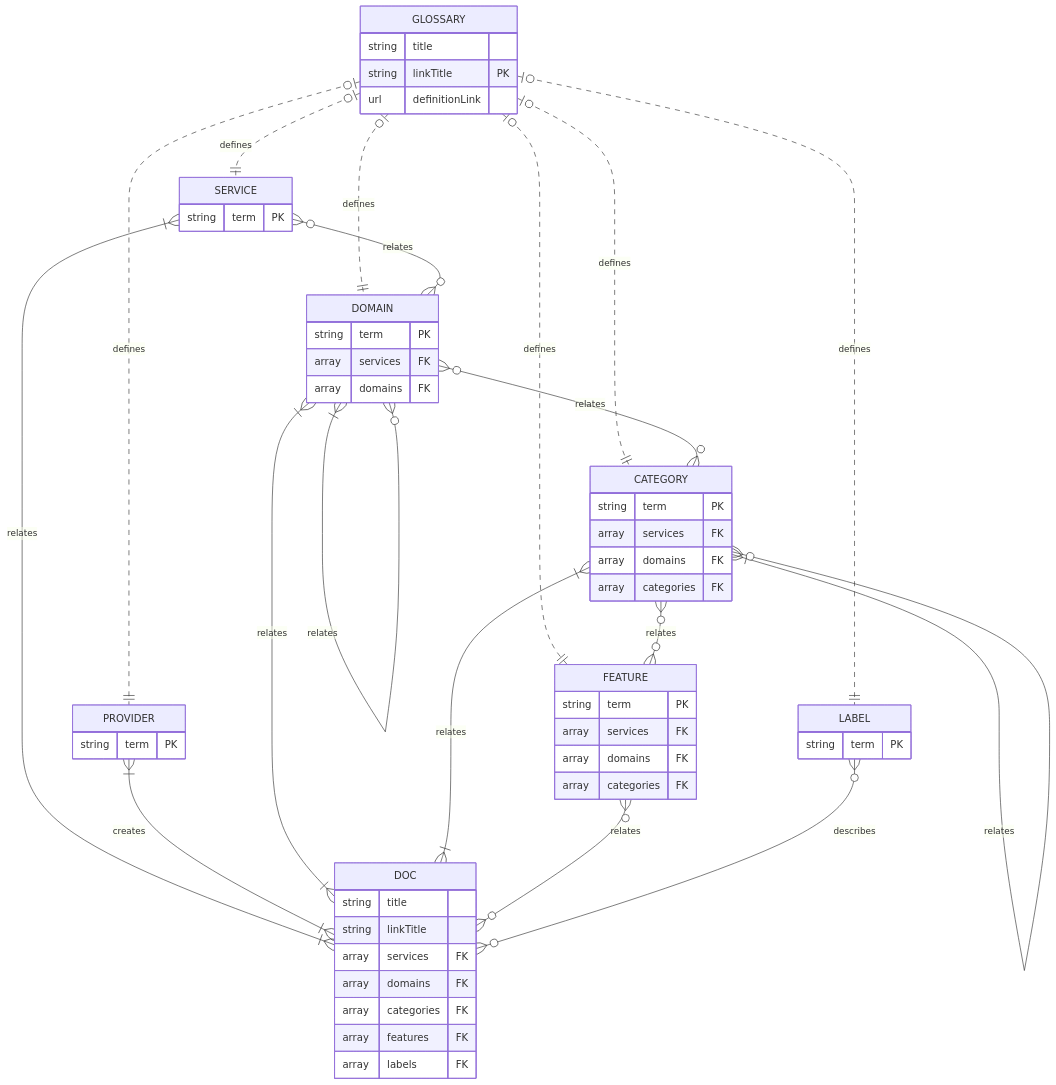
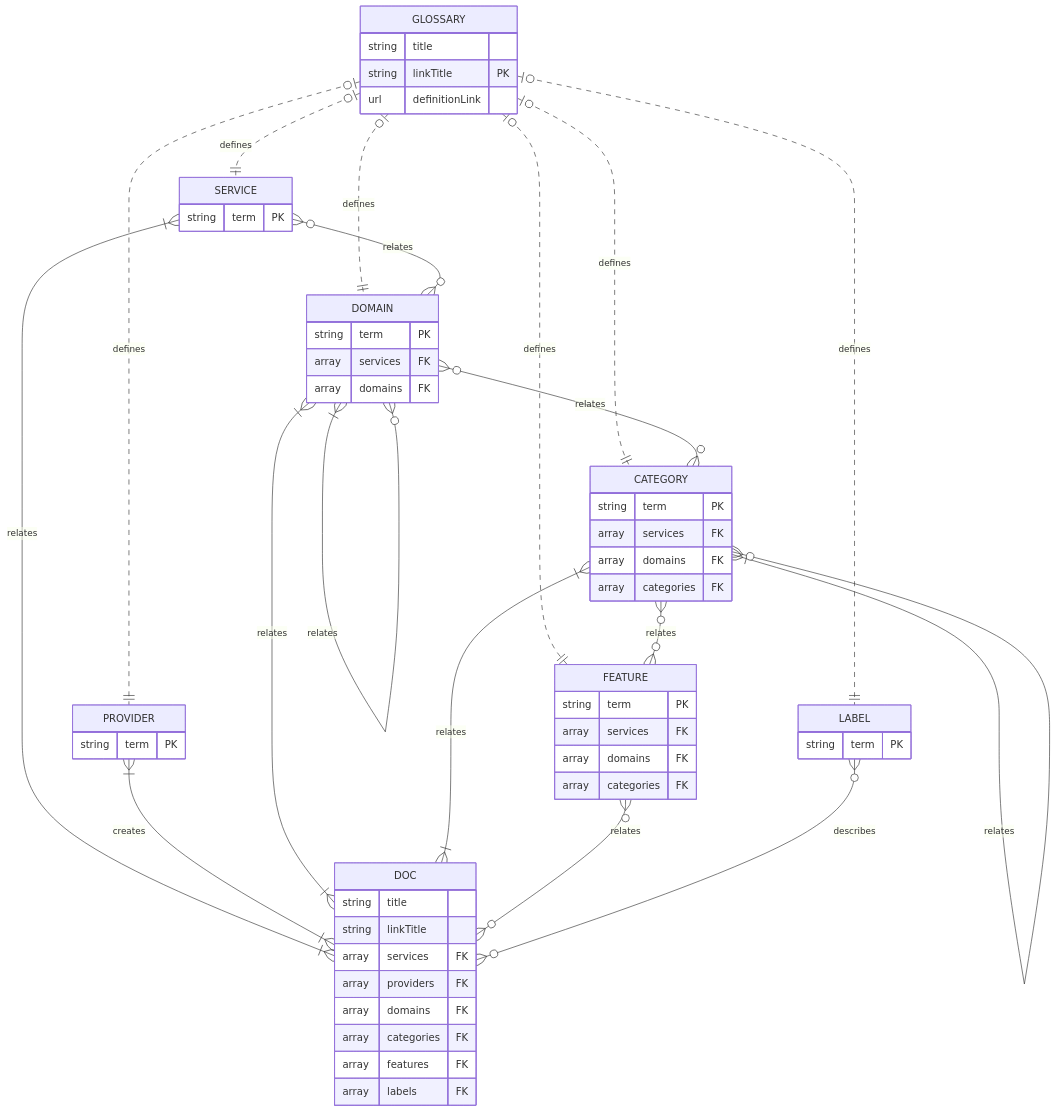
Before and after one commit to lexical-cloud/lexical-cloud-docs: the third of 4 diagrams in en/pages/data-model.md, drawn with Mermaid. The commit also changed other lines of this file, not shown here.

Commit message:
added missing providers attribute on logical and physical data model diagrams

````diff
--- a/en/pages/data-model.md
+++ b/en/pages/data-model.md
@@ -125,60 +125,61 @@
 ```mermaid
 erDiagram
     GLOSSARY |o..|| PROVIDER : defines
     GLOSSARY |o..|| SERVICE : defines
     GLOSSARY |o..|| DOMAIN : defines
     GLOSSARY |o..|| CATEGORY : defines
     GLOSSARY |o..|| FEATURE : defines
     GLOSSARY |o..|| LABEL : defines
     GLOSSARY {
         string title
         string linkTitle PK
         url definitionLink
     }
     SERVICE }|--|{ DOC : relates
     SERVICE }o--o{ DOMAIN : relates
     SERVICE {
         string term PK
     }
     PROVIDER }|--|{ DOC : creates
     PROVIDER {
         string term PK
     }
     DOMAIN }|--|{ DOC : relates
     DOMAIN }o--o{ CATEGORY : relates
     DOMAIN }|--o{ DOMAIN : relates
     DOMAIN {
         string term PK
         array services FK
         array domains FK
     }
     CATEGORY }|--|{ DOC : relates 
     CATEGORY }o--o{ FEATURE : relates
     CATEGORY }|--o{ CATEGORY: relates
     CATEGORY {
         string term PK
         array services FK
         array domains FK
         array categories FK
     }
     FEATURE }o--o{ DOC : relates 
     FEATURE {
         string term PK
         array services FK
         array domains FK
         array categories FK
     }
     LABEL }o--o{ DOC : describes
     LABEL {
         string term PK
     }
     DOC {
         string title
         string linkTitle
         array services FK
+        array providers FK
         array domains FK
         array categories FK
         array features FK
         array labels FK
     }
 ```
````
